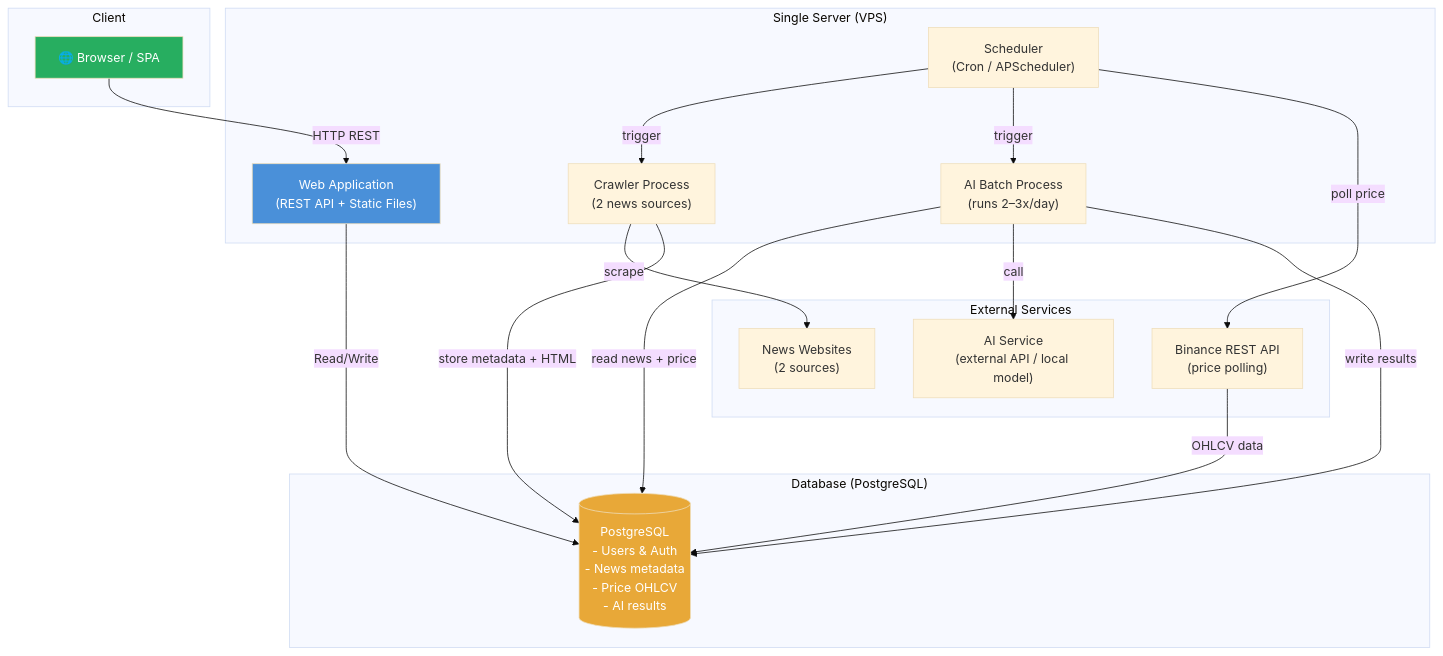
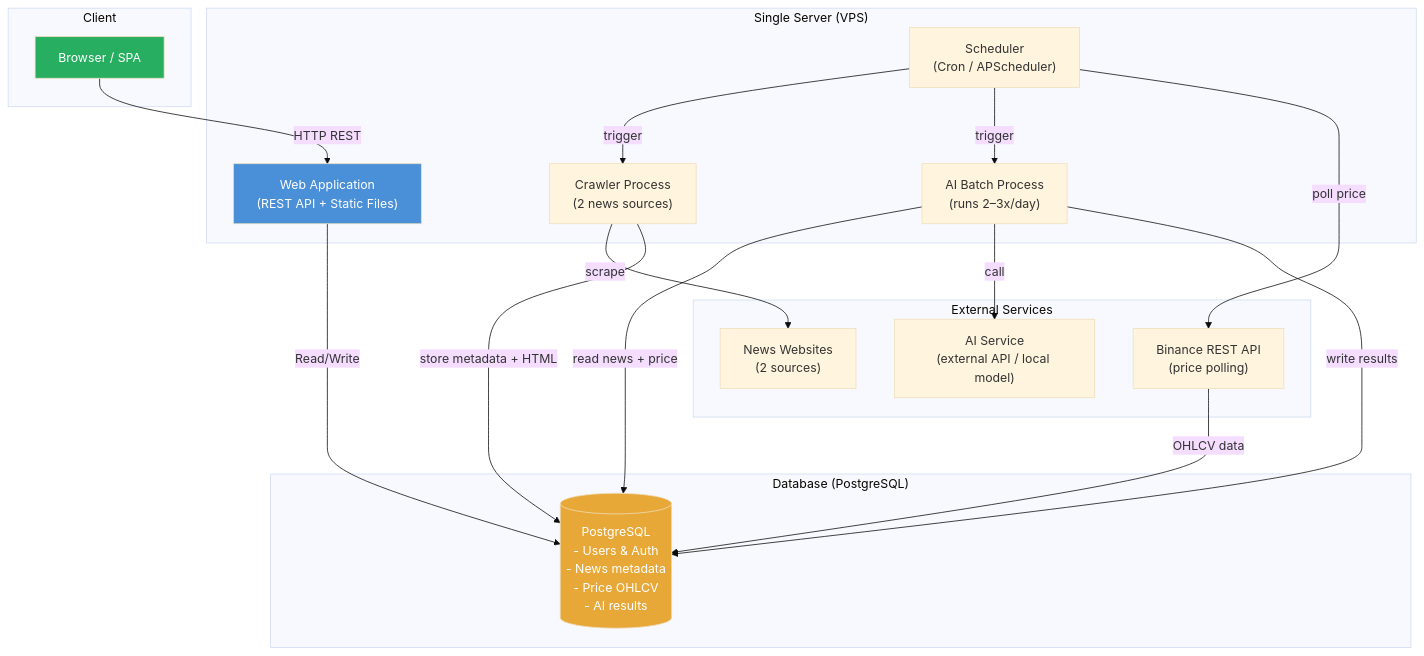
The first of 13 diagrams in Software-Architecture/exercises/03-cryptoinsight_evolutionary_architecture_design.md (phatnguyen975/Software-Engineering), drawn with Mermaid (base theme) before and after one commit. The commit also changed other lines of this file and 1 other file, not shown here.

````diff
--- a/Software-Architecture/exercises/03-cryptoinsight_evolutionary_architecture_design.md
+++ b/Software-Architecture/exercises/03-cryptoinsight_evolutionary_architecture_design.md
@@ -92,39 +93,39 @@
 ```mermaid
 graph TB
     subgraph Client
-        Browser["🌐 Browser / SPA"]
+        Browser["Browser / SPA"]
     end
 
     subgraph "Single Server (VPS)"
         WebApp["Web Application\n(REST API + Static Files)"]
         Scheduler["Scheduler\n(Cron / APScheduler)"]
         CrawlerProc["Crawler Process\n(2 news sources)"]
         AIProc["AI Batch Process\n(runs 2–3x/day)"]
     end
 
     subgraph "Database (PostgreSQL)"
         DB[("PostgreSQL\n- Users & Auth\n- News metadata\n- Price OHLCV\n- AI results")]
     end
 
     subgraph "External Services"
         BinanceAPI["Binance REST API\n(price polling)"]
         NewsWeb["News Websites\n(2 sources)"]
         AIService["AI Service\n(external API / local model)"]
     end
 
     Browser -- "HTTP REST" --> WebApp
     WebApp -- "Read/Write" --> DB
     Scheduler -- "trigger" --> CrawlerProc
     Scheduler -- "trigger" --> AIProc
     CrawlerProc -- "scrape" --> NewsWeb
     CrawlerProc -- "store metadata + HTML" --> DB
     AIProc -- "read news + price" --> DB
     AIProc -- "call" --> AIService
     AIProc -- "write results" --> DB
     Scheduler -- "poll price" --> BinanceAPI
     BinanceAPI -- "OHLCV data" --> DB
 
     style WebApp fill:#4A90D9,color:#fff
     style DB fill:#E8A838,color:#fff
     style Browser fill:#27AE60,color:#fff
 ```
````
